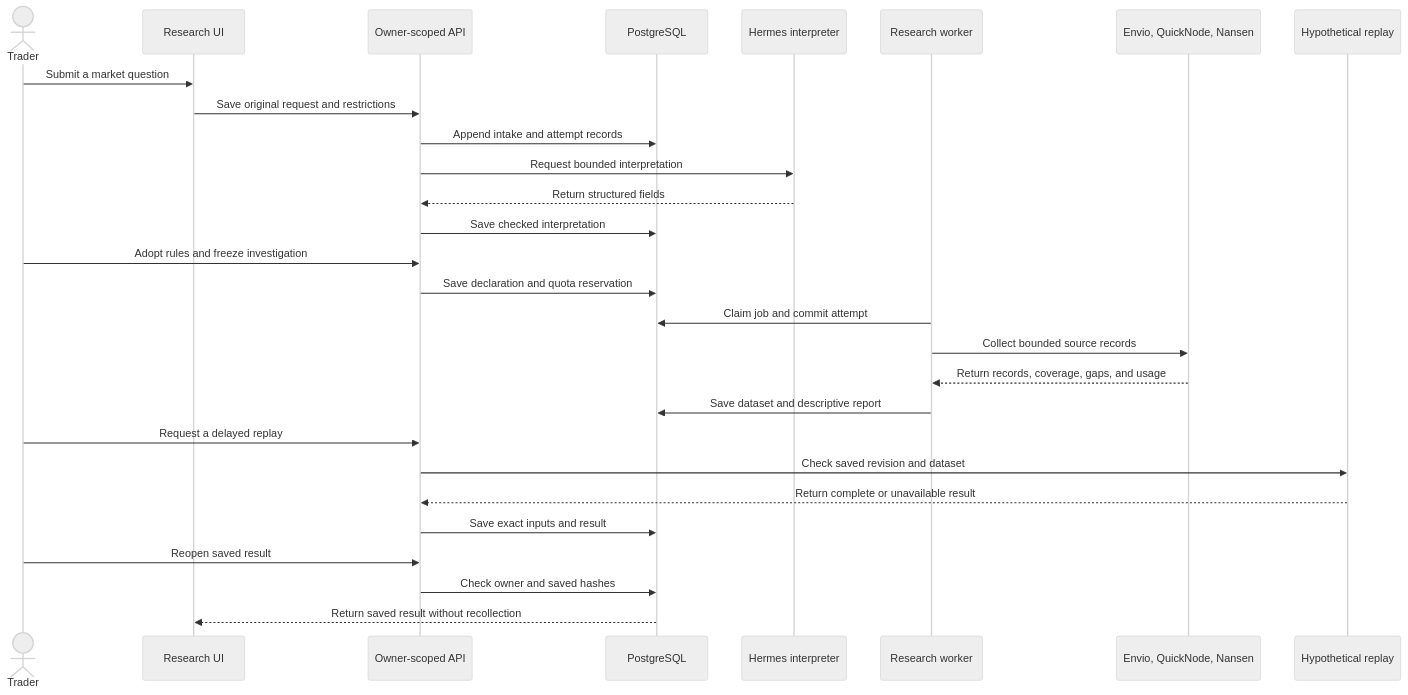
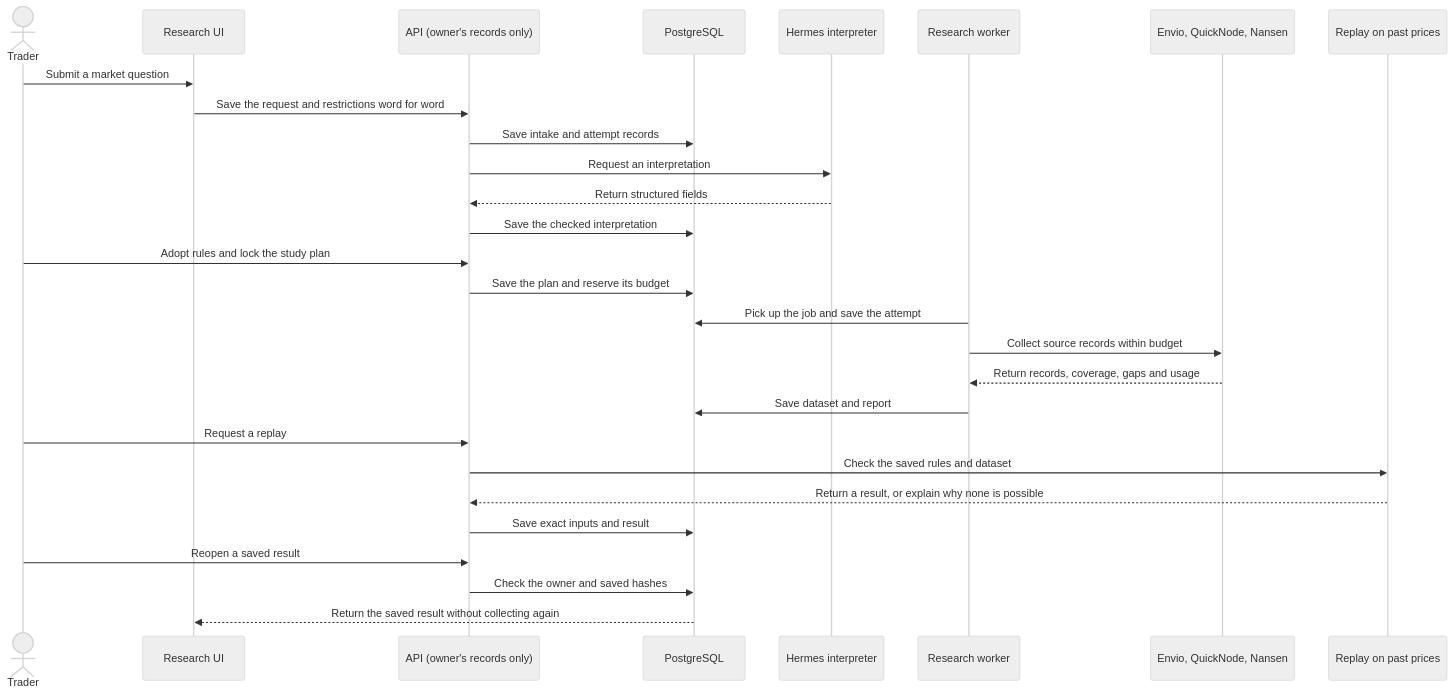
One commit to edge-os-app/edge-os changed the second of 3 diagrams in docs/architecture/README.md. Above: the diagram before and after it, drawn with Mermaid (neutral theme). The commit also changed other lines of this file and 8 other files, not shown here.

First line of the commit message:
docs: rewrite README and architecture guide around the product story

````diff
--- a/docs/architecture/README.md
+++ b/docs/architecture/README.md
@@ -58,30 +58,30 @@
 ```mermaid
 sequenceDiagram
   actor Trader
   participant Web as Research UI
-  participant API as Owner-scoped API
+  participant API as API (owner's records only)
   participant DB as PostgreSQL
   participant Hermes as Hermes interpreter
   participant Worker as Research worker
   participant Sources as Envio, QuickNode, Nansen
-  participant Replay as Hypothetical replay
+  participant Replay as Replay on past prices
   Trader->>Web: Submit a market question
-  Web->>API: Save original request and restrictions
-  API->>DB: Append intake and attempt records
-  API->>Hermes: Request bounded interpretation
+  Web->>API: Save the request and restrictions word for word
+  API->>DB: Save intake and attempt records
+  API->>Hermes: Request an interpretation
   Hermes-->>API: Return structured fields
-  API->>DB: Save checked interpretation
-  Trader->>API: Adopt rules and freeze investigation
-  API->>DB: Save declaration and quota reservation
-  Worker->>DB: Claim job and commit attempt
-  Worker->>Sources: Collect bounded source records
-  Sources-->>Worker: Return records, coverage, gaps, and usage
-  Worker->>DB: Save dataset and descriptive report
-  Trader->>API: Request a delayed replay
-  API->>Replay: Check saved revision and dataset
-  Replay-->>API: Return complete or unavailable result
+  API->>DB: Save the checked interpretation
+  Trader->>API: Adopt rules and lock the study plan
+  API->>DB: Save the plan and reserve its budget
+  Worker->>DB: Pick up the job and save the attempt
+  Worker->>Sources: Collect source records within budget
+  Sources-->>Worker: Return records, coverage, gaps and usage
+  Worker->>DB: Save dataset and report
+  Trader->>API: Request a replay
+  API->>Replay: Check the saved rules and dataset
+  Replay-->>API: Return a result, or explain why none is possible
   API->>DB: Save exact inputs and result
-  Trader->>API: Reopen saved result
-  API->>DB: Check owner and saved hashes
-  DB-->>Web: Return saved result without recollection
+  Trader->>API: Reopen a saved result
+  API->>DB: Check the owner and saved hashes
+  DB-->>Web: Return the saved result without collecting again
 ```
````
